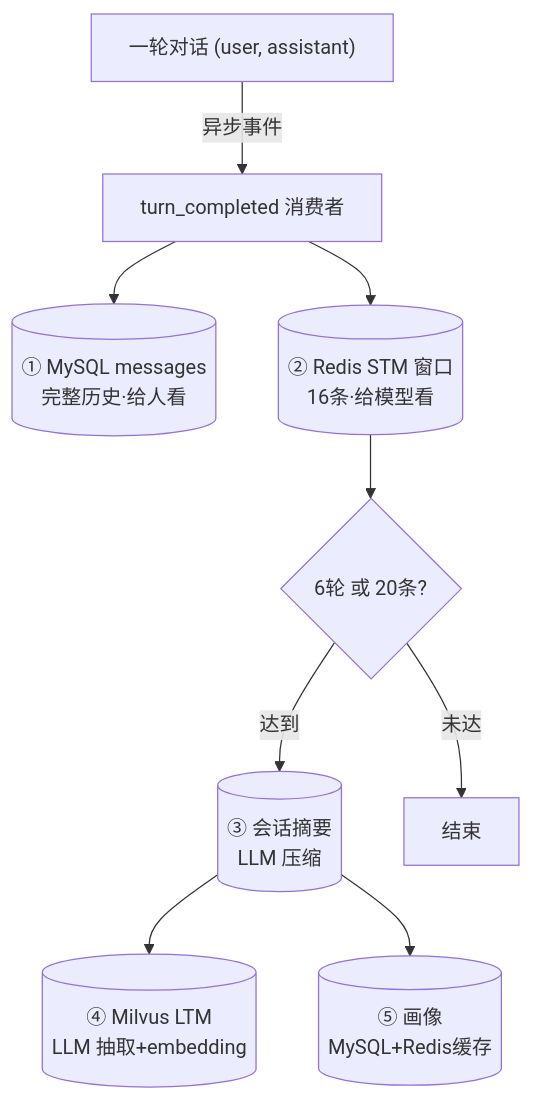
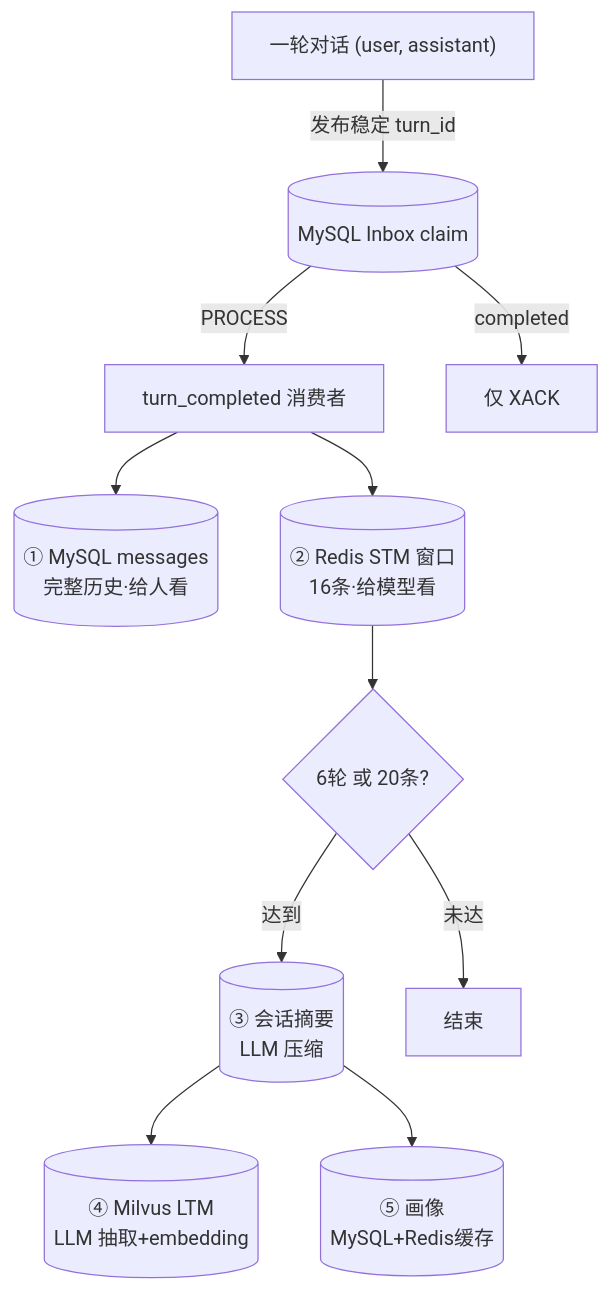
Diagram 34 of 36 in docs/modules/00-全流程图集.md (bitladykiller/-), drawn with Mermaid before and after one commit. The commit also changed other lines of this file and 19 other files, not shown here.

````diff
--- a/docs/modules/00-全流程图集.md
+++ b/docs/modules/00-全流程图集.md
@@ -1092,11 +1144,13 @@
 ```mermaid
 flowchart TB
-    TURN["一轮对话 (user, assistant)"] -->|异步事件| C[turn_completed 消费者]
+    TURN["一轮对话 (user, assistant)"] -->|发布稳定 turn_id| I[("MySQL Inbox claim")]
+    I -->|PROCESS| C[turn_completed 消费者]
+    I -->|completed| ACK[仅 XACK]
     C --> V1[("① MySQL messages<br/>完整历史·给人看")]
     C --> V2[("② Redis STM 窗口<br/>16条·给模型看")]
     V2 --> COND{6轮 或 20条?}
     COND -->|达到| V3[("③ 会话摘要<br/>LLM 压缩")]
     V3 --> V4[("④ Milvus LTM<br/>LLM 抽取+embedding")]
     V3 --> V5[("⑤ 画像<br/>MySQL+Redis缓存")]
     COND -->|未达| X[结束]
 ```
````
